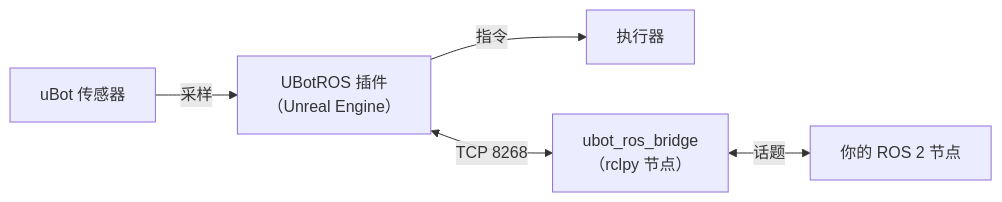
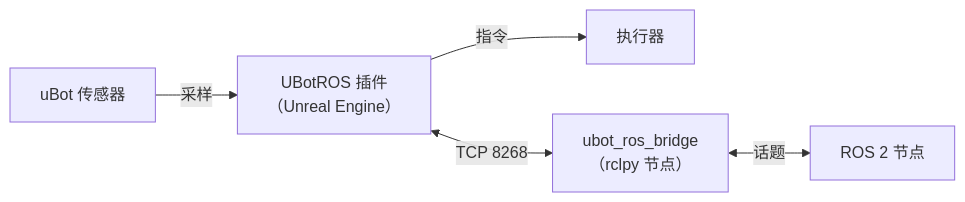
Before and after one commit to AstreoX/uBotROS: the diagram in README.zh-CN.md, drawn with Mermaid. The commit also changed other lines of this file and 1 other file, not shown here.

````diff
--- a/README.zh-CN.md
+++ b/README.zh-CN.md
@@ -34,7 +34,7 @@
 ```mermaid
 flowchart LR
     S["uBot 传感器"] -->|采样| P["UBotROS 插件<br/>（Unreal Engine）"]
     P -->|指令| A["执行器"]
     P <-->|"TCP 8268"| B["ubot_ros_bridge<br/>（rclpy 节点）"]
-    B <-->|话题| R["你的 ROS 2 节点"]
+    B <-->|话题| R["ROS 2 节点"]
 ```
````
